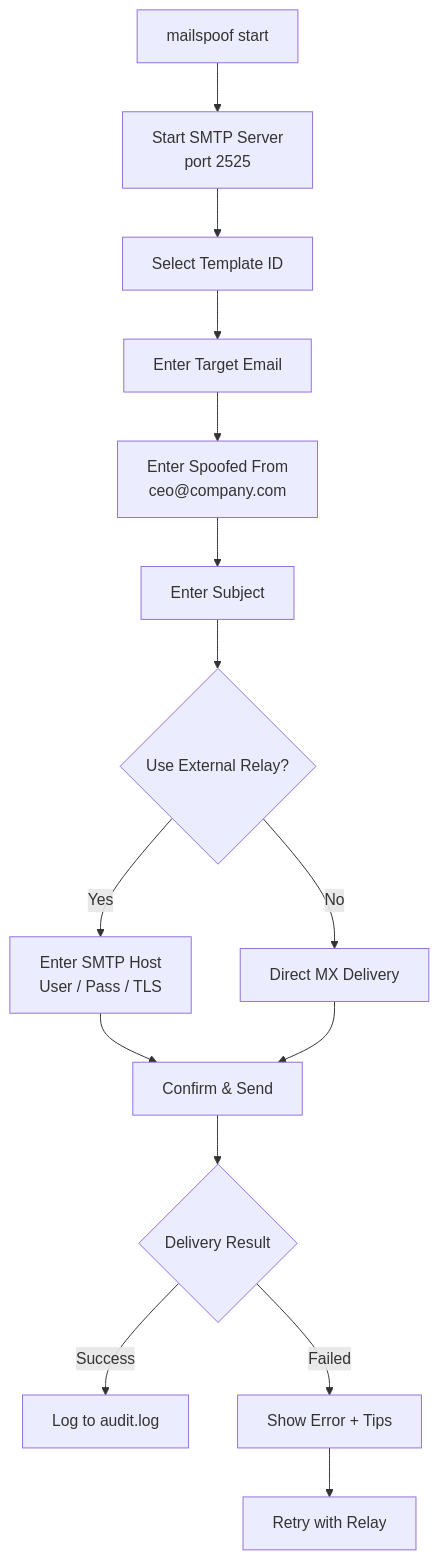
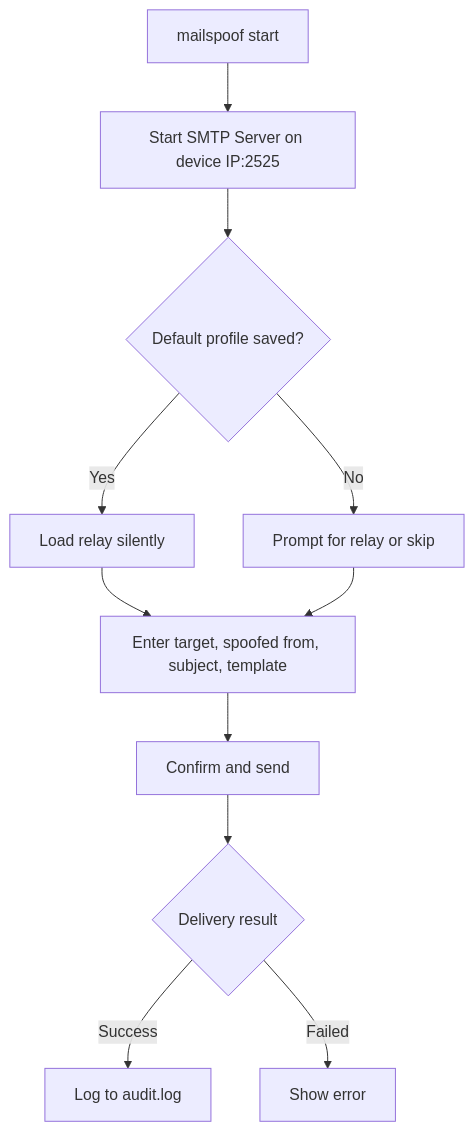
The third of 7 diagrams in README.md (syed-sameer-ul-hassan/MailSpoof), drawn with Mermaid before and after one commit. The commit also changed other lines of this file and 12 other files, not shown here.

````diff
--- a/README.md
+++ b/README.md
@@ -285,17 +279,13 @@
 ```mermaid
 flowchart TD
-    A[mailspoof start] --> B[Start SMTP Server<br/>port 2525]
-    B --> C[Select Template ID]
-    C --> D[Enter Target Email]
-    D --> E[Enter Spoofed From<br/>ceo@company.com]
-    E --> F[Enter Subject]
-    F --> G{Use External Relay?}
-    G -->|Yes| H[Enter SMTP Host<br/>User / Pass / TLS]
-    G -->|No| I[Direct MX Delivery]
-    H --> J[Confirm & Send]
-    I --> J
-    J --> K{Delivery Result}
-    K -->|Success| L[Log to audit.log]
-    K -->|Failed| M[Show Error + Tips]
-    M --> N[Retry with Relay]
+    A[mailspoof start] --> B[Start SMTP Server on device IP:2525]
+    B --> C{Default profile saved?}
+    C -->|Yes| D[Load relay silently]
+    C -->|No| E[Prompt for relay or skip]
+    D --> F[Enter target, spoofed from, subject, template]
+    E --> F
+    F --> G[Confirm and send]
+    G --> H{Delivery result}
+    H -->|Success| I[Log to audit.log]
+    H -->|Failed| J[Show error]
 ```
````
